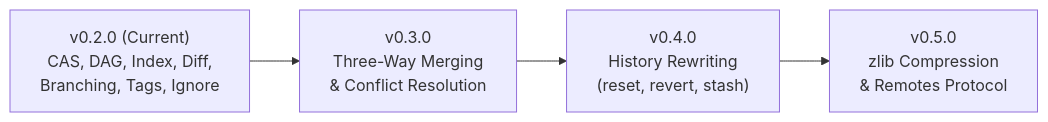
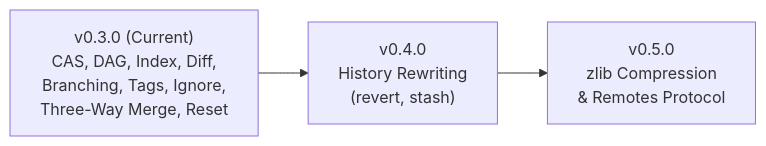
One commit to sagarkrjha/minigit changed the diagram in FEATURES.md. Above: the diagram before and after it, drawn with Mermaid. The commit also changed other lines of this file and 1 other file, not shown here.

Commit message:
docs: document merge behavior and usage

````diff
--- a/FEATURES.md
+++ b/FEATURES.md
@@ -886,6 +954,5 @@
 ```mermaid
 flowchart LR
-    A["v0.2.0 (Current)<br/>CAS, DAG, Index, Diff,<br/>Branching, Tags, Ignore"] --> B["v0.3.0<br/>Three-Way Merging<br/>& Conflict Resolution"]
-    B --> C["v0.4.0<br/>History Rewriting<br/>(reset, revert, stash)"]
-    C --> D["v0.5.0<br/>zlib Compression<br/>& Remotes Protocol"]
+    A["v0.3.0 (Current)<br/>CAS, DAG, Index, Diff,<br/>Branching, Tags, Ignore,<br/>Three-Way Merge, Reset"] --> B["v0.4.0<br/>History Rewriting<br/>(revert, stash)"]
+    B --> C["v0.5.0<br/>zlib Compression<br/>& Remotes Protocol"]
 ```
````
